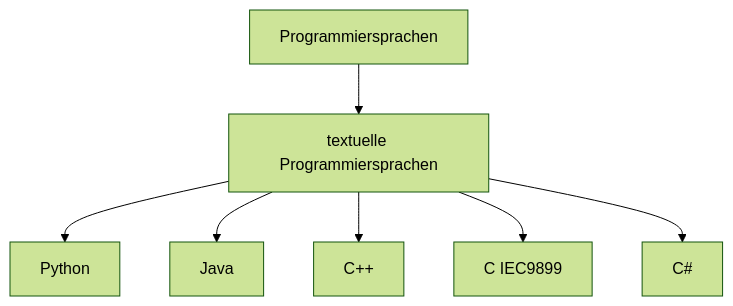
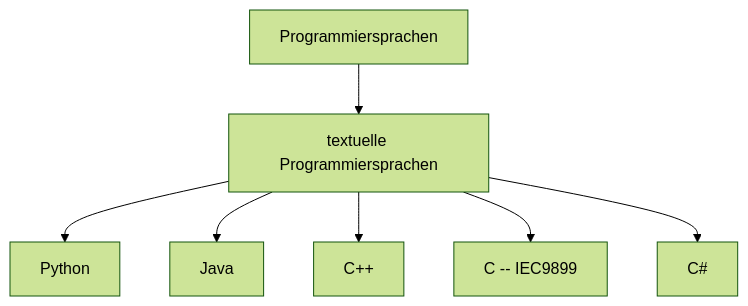
The diagram in docs/Diagramm2.mmd (Meisterschulen-am-Ostbahnhof-Munchen/visual-programming-languages-docs), drawn with Mermaid (forest theme) before and after one commit.

```diff
--- a/docs/Diagramm2.mmd
+++ b/docs/Diagramm2.mmd
@@ -1,7 +1,7 @@
 flowchart TB
 A["Programmiersprachen"] --> B["textuelle Programmiersprachen"]
 B --> Python
 B --> Java
 B --> C++
-B --> X["C IEC9899"]
+B --> X["C -- IEC9899"]
 B --> C#
```
